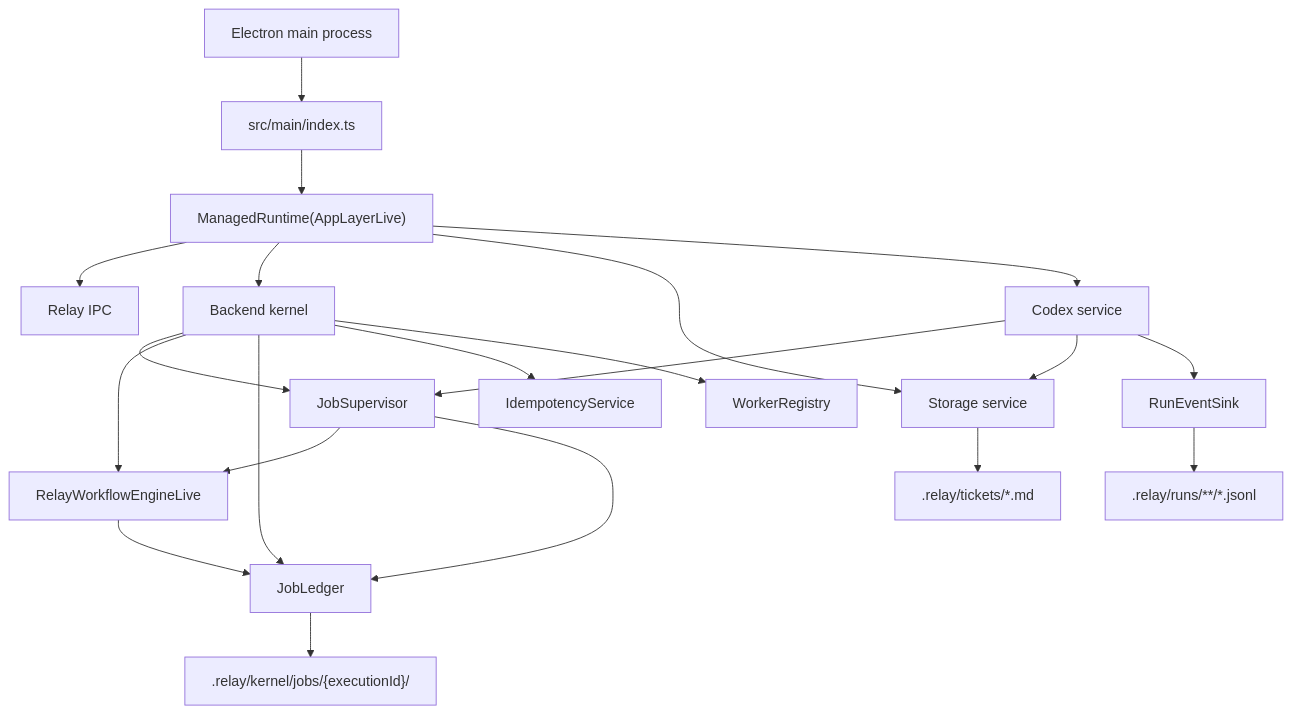
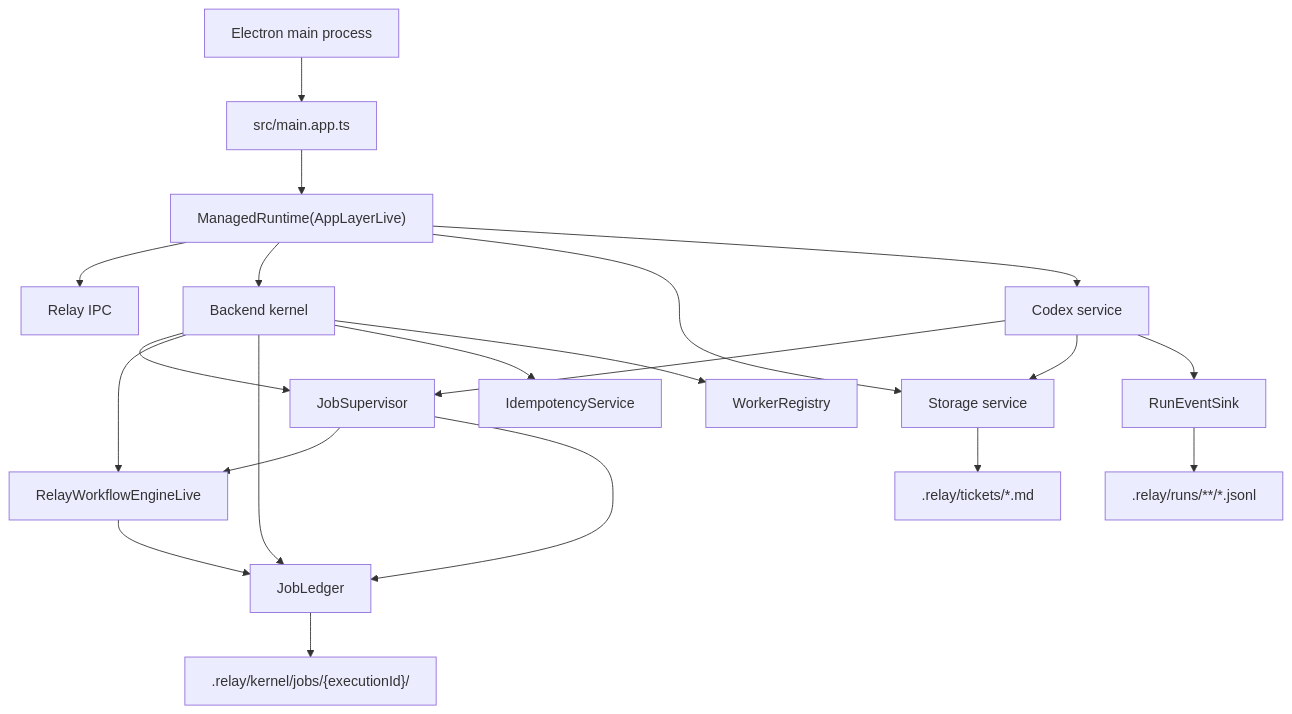
One commit to robertpitt/codex-relay changed the first of 2 diagrams in docs/effect-workflow-lifecycle-evaluation.md. Above: the diagram before and after it, drawn with Mermaid. The commit also changed 161 other files, not shown here.

````diff
--- a/docs/effect-workflow-lifecycle-evaluation.md
+++ b/docs/effect-workflow-lifecycle-evaluation.md
@@ -24,27 +24,27 @@
 ```mermaid
 flowchart TD
-  Root["Electron main process"] --> Boot["src/main/index.ts"]
+  Root["Electron main process"] --> Boot["src/main.app.ts"]
   Boot --> Runtime["ManagedRuntime(AppLayerLive)"]
   Runtime --> IPC["Relay IPC"]
   Runtime --> Kernel["Backend kernel"]
   Runtime --> Storage["Storage service"]
   Runtime --> Codex["Codex service"]
 
   Kernel --> Supervisor["JobSupervisor"]
   Kernel --> Engine["RelayWorkflowEngineLive"]
   Kernel --> Ledger["JobLedger"]
   Kernel --> Idempotency["IdempotencyService"]
   Kernel --> Workers["WorkerRegistry"]
 
   Supervisor --> Engine
   Supervisor --> Ledger
   Engine --> Ledger
 
   Codex --> Supervisor
   Codex --> Storage
   Codex --> Runs["RunEventSink"]
 
   Ledger --> Durable[".relay/kernel/jobs/{executionId}/"]
   Storage --> Tickets[".relay/tickets/*.md"]
   Runs --> Jsonl[".relay/runs/**/*.jsonl"]
 ```
````
